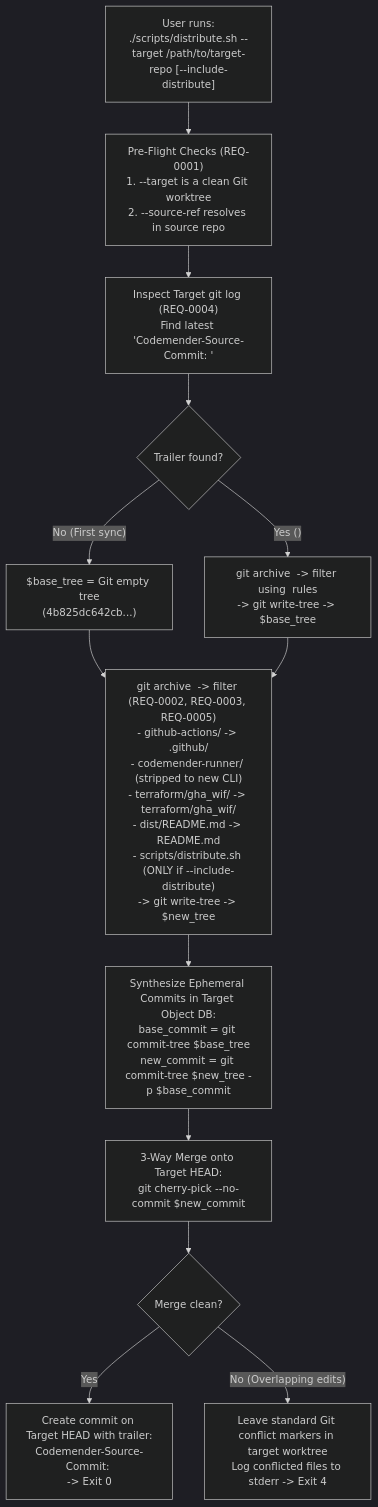
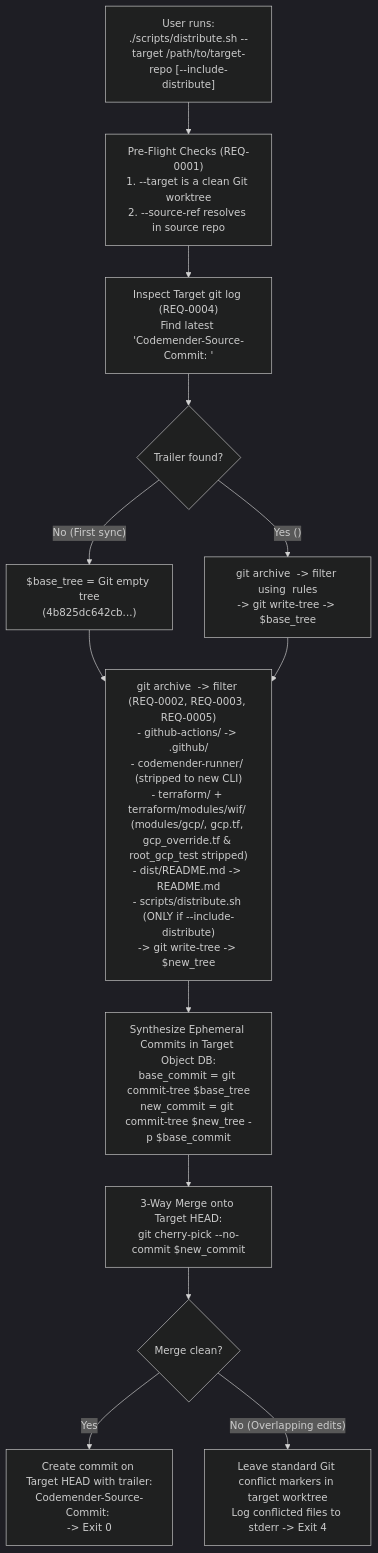
The first of 2 diagrams in docs/openspec/specs/distribute/design.md (avnit/codemender-runner-mcp), drawn with Mermaid (dark theme) before and after one commit. The commit also changed other lines of this file and 5 other files, not shown here.

First line of the commit message:
Update the terraform specs to use actual modules (#40)

````diff
--- a/docs/openspec/specs/distribute/design.md
+++ b/docs/openspec/specs/distribute/design.md
@@ -224,40 +241,40 @@
 ```mermaid
 flowchart TD
     start["User runs:
 ./scripts/distribute.sh --target /path/to/target-repo [--include-distribute]"]
     preflight["Pre-Flight Checks (REQ-0001)
 1. --target is a clean Git worktree
 2. --source-ref resolves in source repo"]
     trailer["Inspect Target git log (REQ-0004)
 Find latest 'Codemender-Source-Commit: <prev_sha>'"]
     hasTrailer{"Trailer found?"}
     emptyBase["$base_tree = Git empty tree
 (4b825dc642cb...)"]
     stageBase["git archive <prev_sha> -> filter using <prev_sha> rules
 -> git write-tree -> $base_tree"]
     stageNew["git archive <source_ref> -> filter (REQ-0002, REQ-0003, REQ-0005)
 - github-actions/ -> .github/
 - codemender-runner/ (stripped to new CLI)
-- terraform/gha_wif/ -> terraform/gha_wif/
+- terraform/ + terraform/modules/wif/ (modules/gcp/, gcp.tf, gcp_override.tf & root_gcp_test stripped)
 - dist/README.md -> README.md
 - scripts/distribute.sh (ONLY if --include-distribute)
 -> git write-tree -> $new_tree"]
     synth["Synthesize Ephemeral Commits in Target Object DB:
 base_commit = git commit-tree $base_tree
 new_commit = git commit-tree $new_tree -p $base_commit"]
     merge["3-Way Merge onto Target HEAD:
 git cherry-pick --no-commit $new_commit"]
     conflict{"Merge clean?"}
     done["Create commit on Target HEAD with trailer:
 Codemender-Source-Commit: <source_sha>
 -> Exit 0"]
     exit4["Leave standard Git conflict markers in target worktree
 Log conflicted files to stderr -> Exit 4"]
 
     start --> preflight --> trailer --> hasTrailer
     hasTrailer -->|"No (First sync)"| emptyBase --> stageNew
     hasTrailer -->|"Yes (<prev_sha>)"| stageBase --> stageNew
     stageNew --> synth --> merge --> conflict
     conflict -->|"Yes"| done
     conflict -->|"No (Overlapping edits)"| exit4
 ```
````
